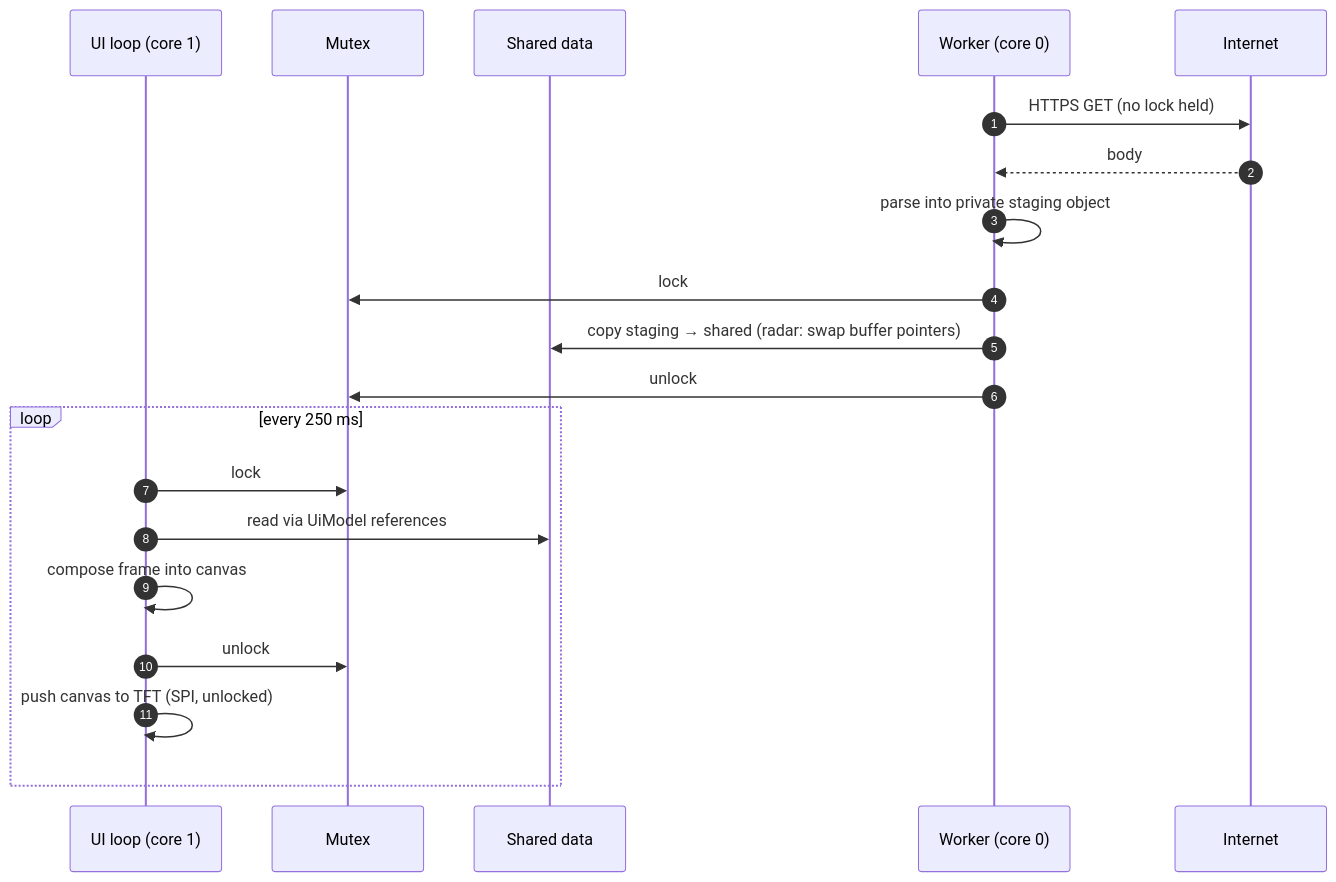
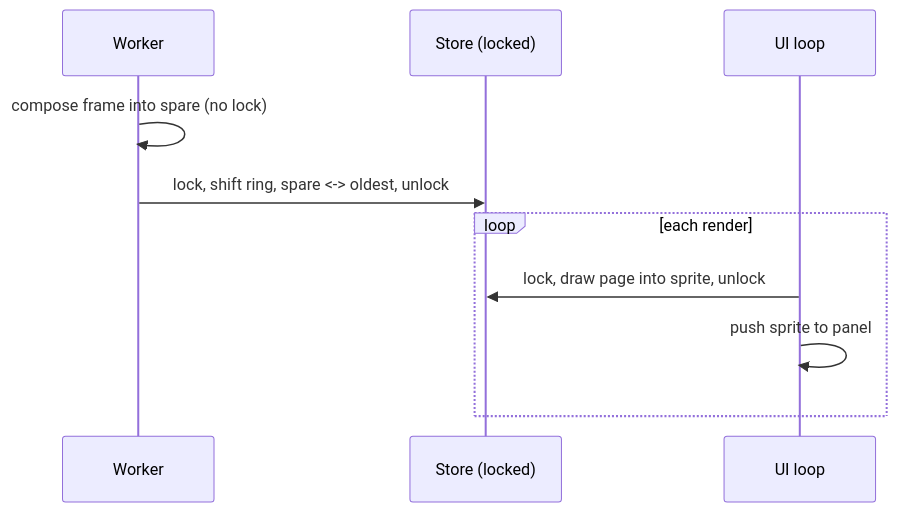
The fourth of 5 diagrams in weather-display/docs/DESIGN.md (markbac/esp32), drawn with Mermaid before and after one commit. The commit also changed other lines of this file and 63 other files, not shown here.

First line of the commit message:
Add CrowPanel 7" touch UI, Tempest station and shared core

````diff
--- a/weather-display/docs/DESIGN.md
+++ b/weather-display/docs/DESIGN.md
@@ -188,23 +169,12 @@
 ```mermaid
 sequenceDiagram
-  autonumber
-  participant L as UI loop (core 1)
-  participant M as Mutex
-  participant S as Shared data
-  participant W as Worker (core 0)
-  participant API as Internet
-
-  W->>API: HTTPS GET (no lock held)
-  API-->>W: body
-  W->>W: parse into private staging object
-  W->>M: lock
-  W->>S: copy staging → shared (radar: swap buffer pointers)
-  W->>M: unlock
-  loop every 250 ms
-    L->>M: lock
-    L->>S: read via UiModel references
-    L->>L: compose frame into canvas
-    L->>M: unlock
-    L->>L: push canvas to TFT (SPI, unlocked)
+  participant W as Worker
+  participant S as Store (locked)
+  participant L as UI loop
+  W->>W: compose frame into spare (no lock)
+  W->>S: lock, shift ring, spare <-> oldest, unlock
+  loop each render
+    L->>S: lock, draw page into sprite, unlock
+    L->>L: push sprite to panel
   end
 ```
````
